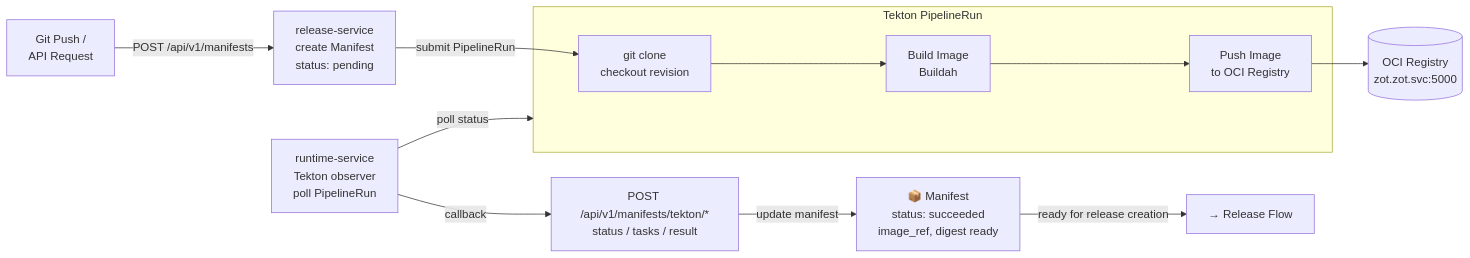
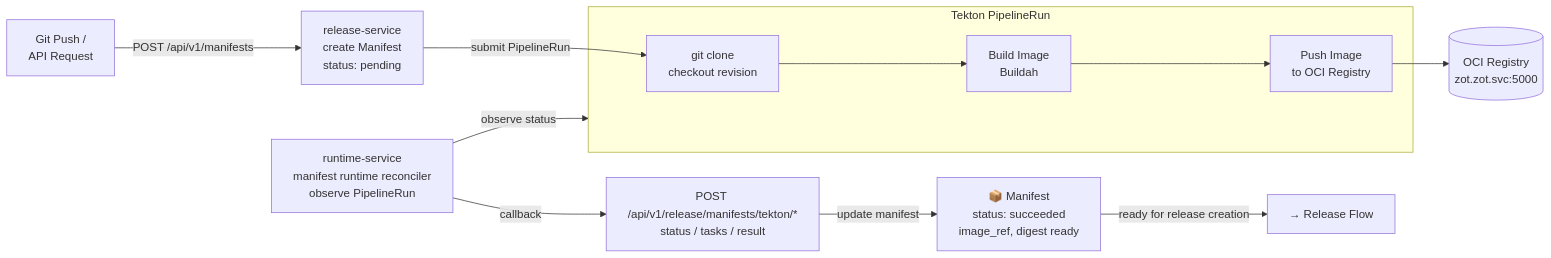
Before and after one commit to bsonger/devflow-service: the diagram in docs/architecture/ci-build-flow.mmd, drawn with Mermaid. The commit also changed 2 other files, not shown here.

Commit message:
docs: align manifest callback architecture artifacts

```diff
--- a/docs/architecture/ci-build-flow.mmd
+++ b/docs/architecture/ci-build-flow.mmd
@@ -1,37 +1,37 @@
 graph LR
   %% ── 触发 ──
   Trigger["Git Push /<br/>API Request"]
 
   %% ── Manifest 创建 ──
   CreateManifest["release-service<br/>create Manifest<br/>status: pending"]
 
   %% ── Tekton 构建 ──
   subgraph TektonPipeline["Tekton PipelineRun"]
     Clone["git clone<br/>checkout revision"]
     Build["Build Image<br/>Buildah"]
     Push["Push Image<br/>to OCI Registry"]
   end
 
   %% ── Registry ──
   Registry[("OCI Registry<br/>zot.zot.svc:5000")]
 
   %% ── Writeback ──
-  Observe["runtime-service<br/>Tekton observer<br/>poll PipelineRun"]
+  Observe["runtime-service<br/>manifest runtime reconciler<br/>observe PipelineRun"]
 
-  Writeback["POST /api/v1/manifests/tekton/*<br/>status / tasks / result"]
+  Writeback["POST /api/v1/release/manifests/tekton/*<br/>status / tasks / result"]
 
   ManifestDone["📦 Manifest<br/>status: succeeded<br/>image_ref, digest ready"]
 
   %% ── 连线 ──
   Trigger -->|"POST /api/v1/manifests"| CreateManifest
   CreateManifest -->|"submit PipelineRun"| Clone
   Clone --> Build
   Build --> Push
   Push --> Registry
 
-  Observe -->|"poll status"| TektonPipeline
+  Observe -->|"observe status"| TektonPipeline
   Observe -->|"callback"| Writeback
   Writeback -->|"update manifest"| ManifestDone
 
   %% ── 产出说明 ──
   ManifestDone -->|"ready for release creation"| Next["→ Release Flow"]
```
